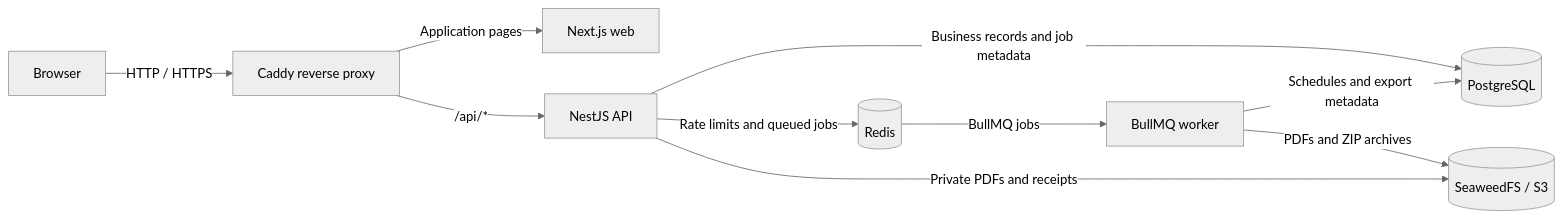
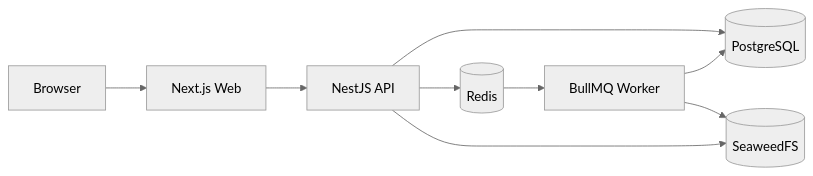
The first of 3 diagrams in README.md (nirjal-byan/puffin-pal), drawn with Mermaid (neutral theme) before and after one commit. The commit also changed other lines of this file, not shown here.

````diff
--- a/README.md
+++ b/README.md
@@ -209,14 +17,11 @@
 ```mermaid
 flowchart LR
-    Browser[Browser] -->|HTTP / HTTPS| Caddy[Caddy reverse proxy]
-    Caddy -->|Application pages| Web[Next.js web]
-    Caddy -->|/api/*| API[NestJS API]
-
-    API -->|Business records and job metadata| PostgreSQL[(PostgreSQL)]
-    API -->|Rate limits and queued jobs| Redis[(Redis)]
-    API -->|Private PDFs and receipts| SeaweedFS[(SeaweedFS / S3)]
-
-    Redis -->|BullMQ jobs| Worker[BullMQ worker]
-    Worker -->|Schedules and export metadata| PostgreSQL
-    Worker -->|PDFs and ZIP archives| SeaweedFS
+    User[Browser] --> Web[Next.js Web]
+    Web --> API[NestJS API]
+    API --> DB[(PostgreSQL)]
+    API --> Redis[(Redis)]
+    API --> Files[(SeaweedFS)]
+    Redis --> Worker[BullMQ Worker]
+    Worker --> DB
+    Worker --> Files
 ```
````
